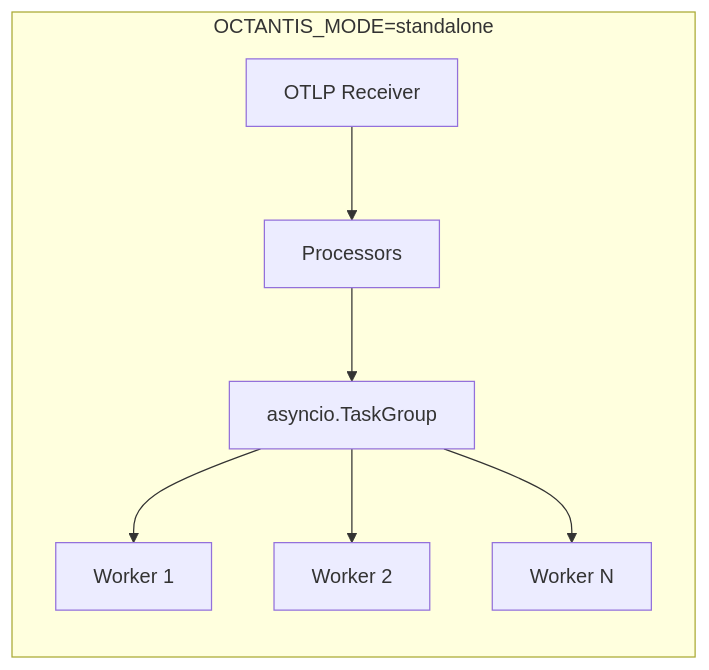
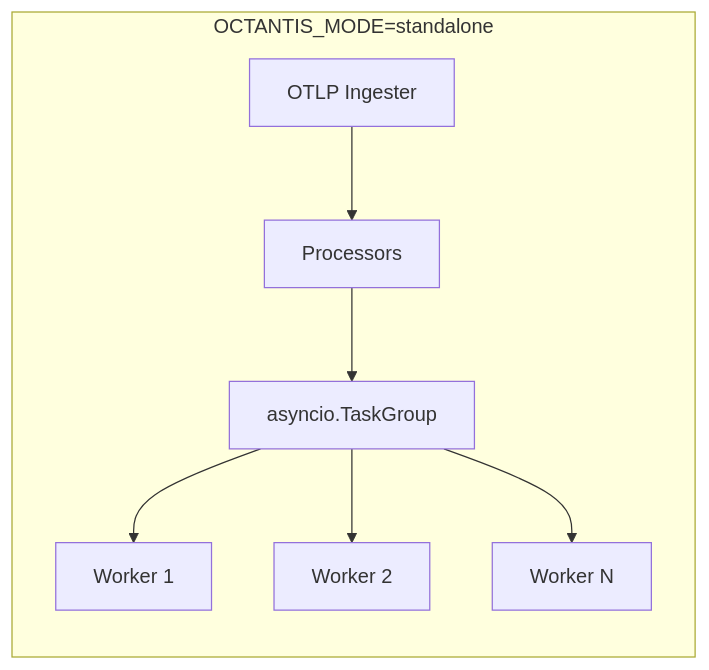
One commit to Vinny1892/octantis changed the second of 7 diagrams in docs/tech-specs/tech-spec-005-plugin-architecture.md. Above: the diagram before and after it, drawn with Mermaid. The commit also changed other lines of this file and 56 other files, not shown here.

````diff
--- a/docs/tech-specs/tech-spec-005-plugin-architecture.md
+++ b/docs/tech-specs/tech-spec-005-plugin-architecture.md
@@ -153,9 +154,9 @@
 ```mermaid
 graph LR
     subgraph Standalone["OCTANTIS_MODE=standalone"]
-        R1[OTLP Receiver] --> P1[Processors] --> TG[asyncio.TaskGroup]
+        R1[OTLP Ingester] --> P1[Processors] --> TG[asyncio.TaskGroup]
         TG --> W1[Worker 1]
         TG --> W2[Worker 2]
         TG --> WN[Worker N]
     end
 ```
````
